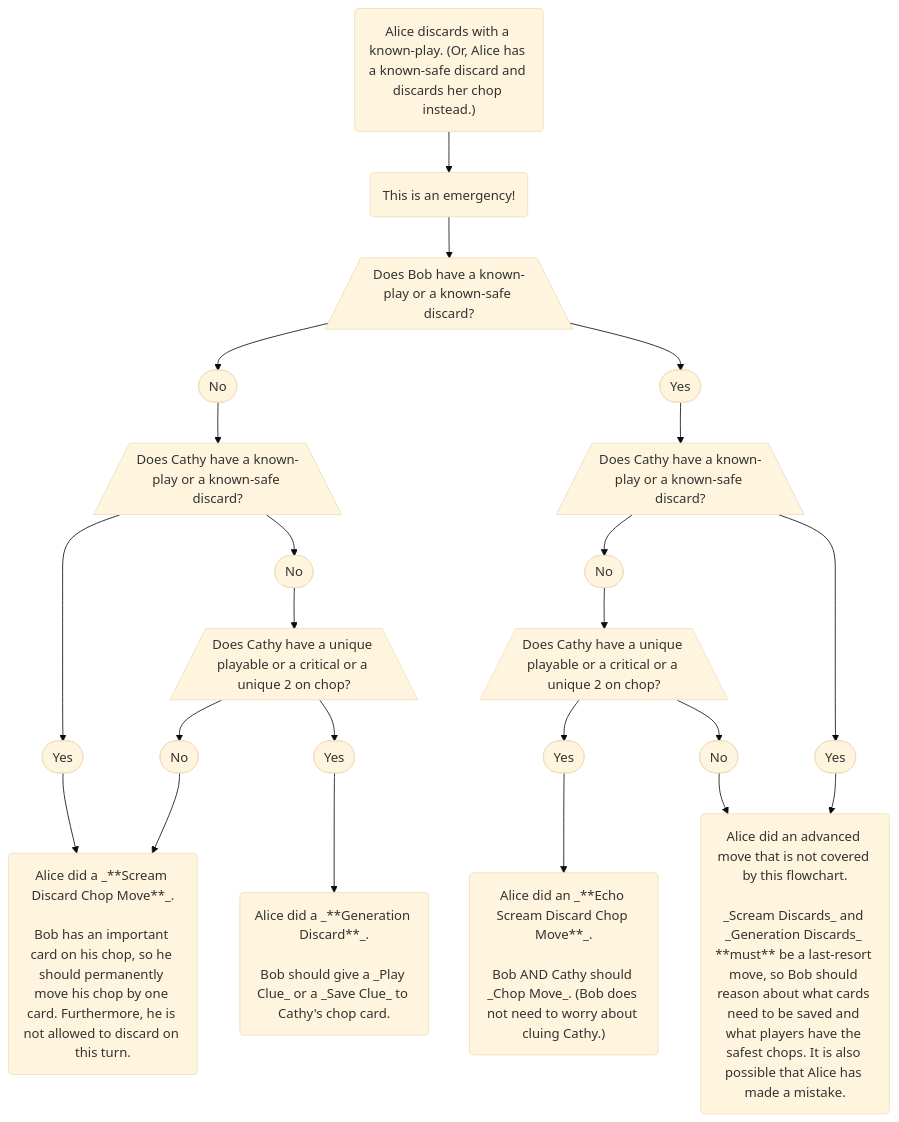
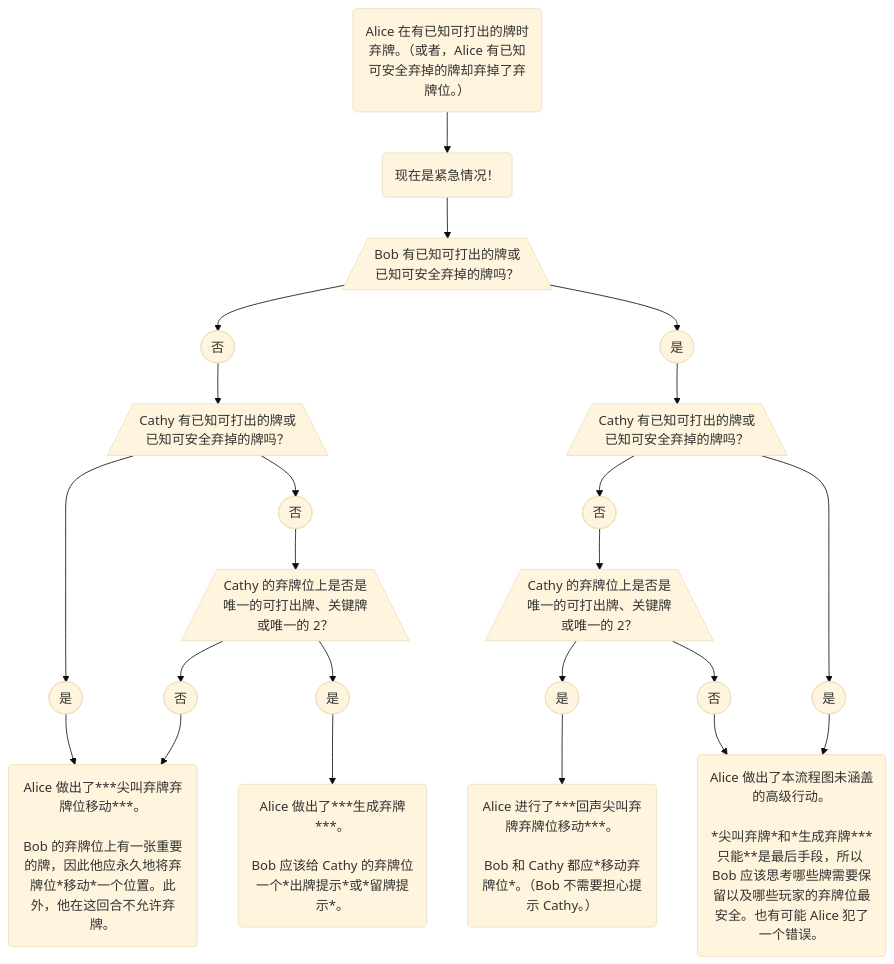
Before and after one commit to TRCYX/H-Group: the diagram in i18n/zh/docusaurus-plugin-content-docs/current/level-7.mdx, drawn with Mermaid (base theme). The commit also changed other lines of this file and 1 other file, not shown here.

````diff
--- a/i18n/zh/docusaurus-plugin-content-docs/current/level-7.mdx
+++ b/i18n/zh/docusaurus-plugin-content-docs/current/level-7.mdx
@@ -55,53 +55,53 @@
 ```mermaid
 flowchart TD;
 
-S1("Alice discards with a known-play. (Or, Alice has a known-safe discard and discards her chop instead.)")
-S2("This is an emergency!")
-D1[/Does Bob have a known-play or a known-safe discard?\]
-D1Y([Yes])
-D1N([No])
-D2[/Does Cathy have a known-play or a known-safe discard?\]
-D2Y([Yes])
-D2N([No])
-D3[/Does Cathy have a unique playable or a critical or a unique 2 on chop?\]
-D3Y([Yes])
-D3N([No])
-D3YL(Alice did a _**Generation Discard**_.<br/ ><br/ >Bob should give a _Play Clue_ or a _Save Clue_ to Cathy's chop card.)
-D3NL(Alice did a _**Scream Discard Chop Move**_.<br/ ><br/ >Bob has an important card on his chop, so he should permanently move his chop by one card. Furthermore, he is not allowed to discard on this turn.)
-D4[/Does Cathy have a known-play or a known-safe discard?\]
-D4Y([Yes])
-D4N([No])
-D4YL(Alice did an advanced move that is not covered by this flowchart.<br/ ><br/ >_Scream Discards_ and _Generation Discards_ **must** be a last-resort move, so Bob should reason about what cards need to be saved and what players have the safest chops. It is also possible that Alice has made a mistake.)
-D5[/Does Cathy have a unique playable or a critical or a unique 2 on chop?\]
-D5Y([Yes])
-D5N([No])
-D5YL("Alice did an _**Echo Scream Discard Chop Move**_.<br/ ><br/ >Bob AND Cathy should _Chop Move_. (Bob does not need to worry about cluing Cathy.)")
+S1("Alice 在有已知可打出的牌时弃牌。（或者，Alice 有已知可安全弃掉的牌却弃掉了弃牌位。）")
+S2("现在是紧急情况！")
+D1[/Bob 有已知可打出的牌或<br/>已知可安全弃掉的牌吗？\]
+D1Y([是])
+D1N([否])
+D2[/Cathy 有已知可打出的牌或<br/>已知可安全弃掉的牌吗？\]
+D2Y([是])
+D2N([否])
+D3[/Cathy 的弃牌位上是否是<br/>唯一的可打出牌、关键牌<br/>或唯一的 2？\]
+D3Y([是])
+D3N([否])
+D3YL(Alice 做出了***生成弃牌***。<br/ ><br/ >Bob 应该给 Cathy 的弃牌位一个*出牌提示*或*留牌提示*。)
+D3NL(Alice 做出了***尖叫弃牌弃牌位移动***。<br/ ><br/ >Bob 的弃牌位上有一张重要的牌，因此他应永久地将弃牌位*移动*一个位置。此外，他在这回合不允许弃牌。)
+D4[/Cathy 有已知可打出的牌或<br/>已知可安全弃掉的牌吗？\]
+D4Y([是])
+D4N([否])
+D4YL(Alice 做出了本流程图未涵盖的高级行动。<br/ ><br/ >*尖叫弃牌*和*生成弃牌***只能**是最后手段，所以 Bob 应该思考哪些牌需要保留以及哪些玩家的弃牌位最安全。也有可能 Alice 犯了一个错误。)
+D5[/Cathy 的弃牌位上是否是<br/>唯一的可打出牌、关键牌<br/>或唯一的 2？\]
+D5Y([是])
+D5N([否])
+D5YL("Alice 进行了***回声尖叫弃牌弃牌位移动***。<br/ ><br/ >Bob 和 Cathy 都应*移动弃牌位*。（Bob 不需要担心提示 Cathy。）")
 
 class D1Y,D2Y,D3Y,D4Y,D5Y node-yes
 class S2,D1N,D2N,D3N,D4N,D5N node-no
 class D1,D2,D3,D4,D5 node-dec
 class S1,D3NL,D3YL,D5YL,D4YL node-act
 
 S1 --> S2;
 S2 --> D1;
 D1 --> D1N;
 D1 --> D1Y;
 D1N --> D2;
 D2 --> D2Y;
 D2Y --> D3NL;
 D2 --> D2N;
 D2N --> D3;
 D3 --> D3Y;
 D3 --> D3N;
 D3Y --> D3YL;
 D3N --> D3NL;
 D1Y --> D4;
 D4 --> D4N;
 D4 --> D4Y;
 D4N --> D5;
 D5 --> D5Y;
 D5 --> D5N;
 D5Y --> D5YL;
 D5N --> D4YL;
 D4Y --> D4YL;
 ```
````
